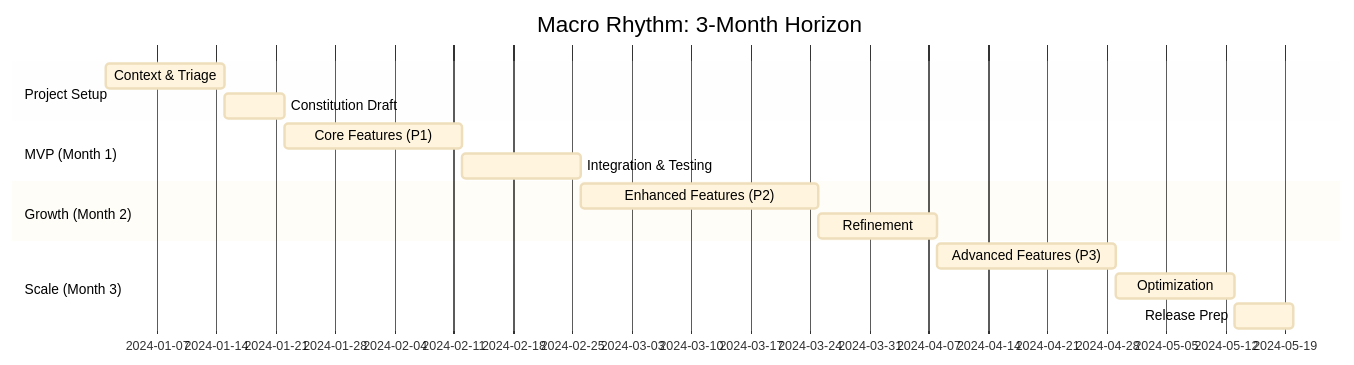
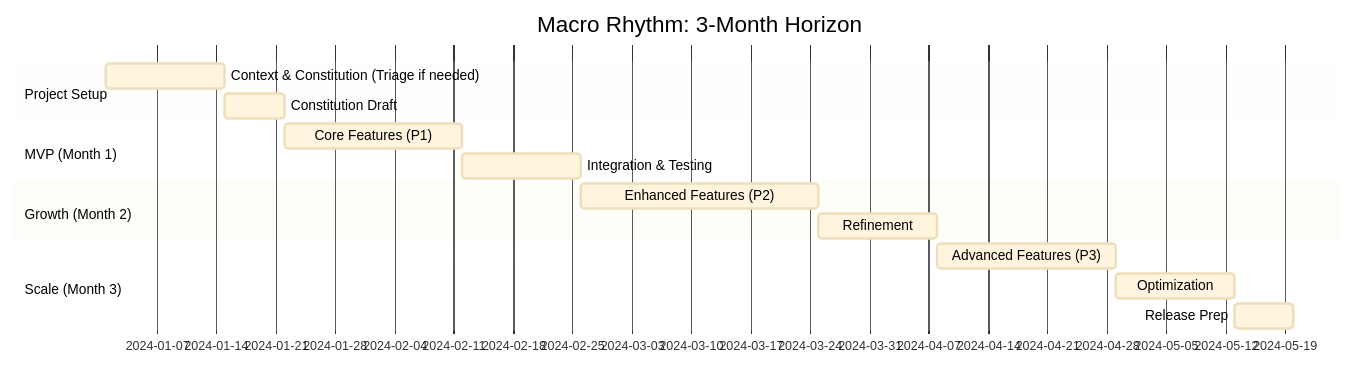
The third of 8 diagrams in .specify/docs/project-rhythm.md (Trindade11/Spec-Orchestrator), drawn with Mermaid before and after one commit. The commit also changed other lines of this file and 36 other files, not shown here.

````diff
--- a/.specify/docs/project-rhythm.md
+++ b/.specify/docs/project-rhythm.md
@@ -80,19 +80,19 @@
 ```mermaid
 %%{init: {'theme': 'base', 'themeVariables': { 'primaryTextColor': '#000', 'secondaryTextColor': '#000', 'tertiaryTextColor': '#000', 'lineColor': '#333'}}}%%
 gantt
     title Macro Rhythm: 3-Month Horizon
     dateFormat YYYY-MM-DD
     section Project Setup
-    Context & Triage          :m1, 2024-01-01, 2w
-    Constitution Draft        :m2, after m1, 1w
+    Context & Constitution (Triage if needed) :m1, 2024-01-01, 2w
+    Constitution Draft                         :m2, after m1, 1w
     section MVP (Month 1)
     Core Features (P1)        :m3, after m2, 3w
     Integration & Testing     :m4, after m3, 2w
     section Growth (Month 2)
     Enhanced Features (P2)    :m5, after m4, 4w
     Refinement                :m6, after m5, 2w
     section Scale (Month 3)
     Advanced Features (P3)    :m7, after m6, 3w
     Optimization              :m8, after m7, 2w
     Release Prep              :m9, after m8, 1w
 ```
````
